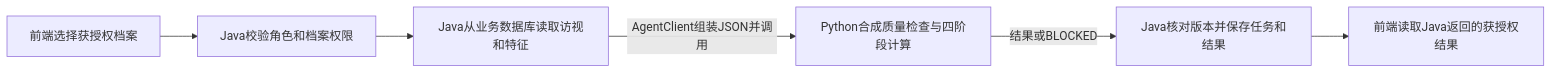
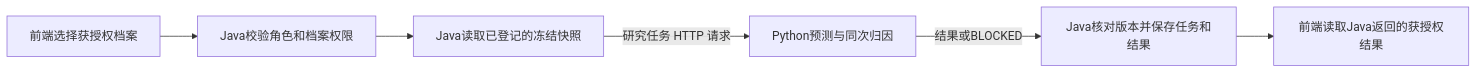
The diagram in docs/Research_Progress_and_Integration.md (yanxiao07/AD-CausalRisk), drawn with Mermaid before and after one commit. The commit also changed other lines of this file and 24 other files, not shown here.

````diff
--- a/docs/Research_Progress_and_Integration.md
+++ b/docs/Research_Progress_and_Integration.md
@@ -75,8 +75,8 @@
 ```mermaid
 flowchart LR
     A[前端选择获授权档案] --> B[Java校验角色和档案权限]
-    B --> C[Java从业务数据库读取访视和特征]
-    C -->|AgentClient组装JSON并调用| D[Python合成质量检查与四阶段计算]
+    B --> C[Java读取已登记的冻结快照]
+    C -->|研究任务 HTTP 请求| D[Python预测与同次归因]
     D -->|结果或BLOCKED| E[Java核对版本并保存任务和结果]
     E --> F[前端读取Java返回的获授权结果]
 ```
````
